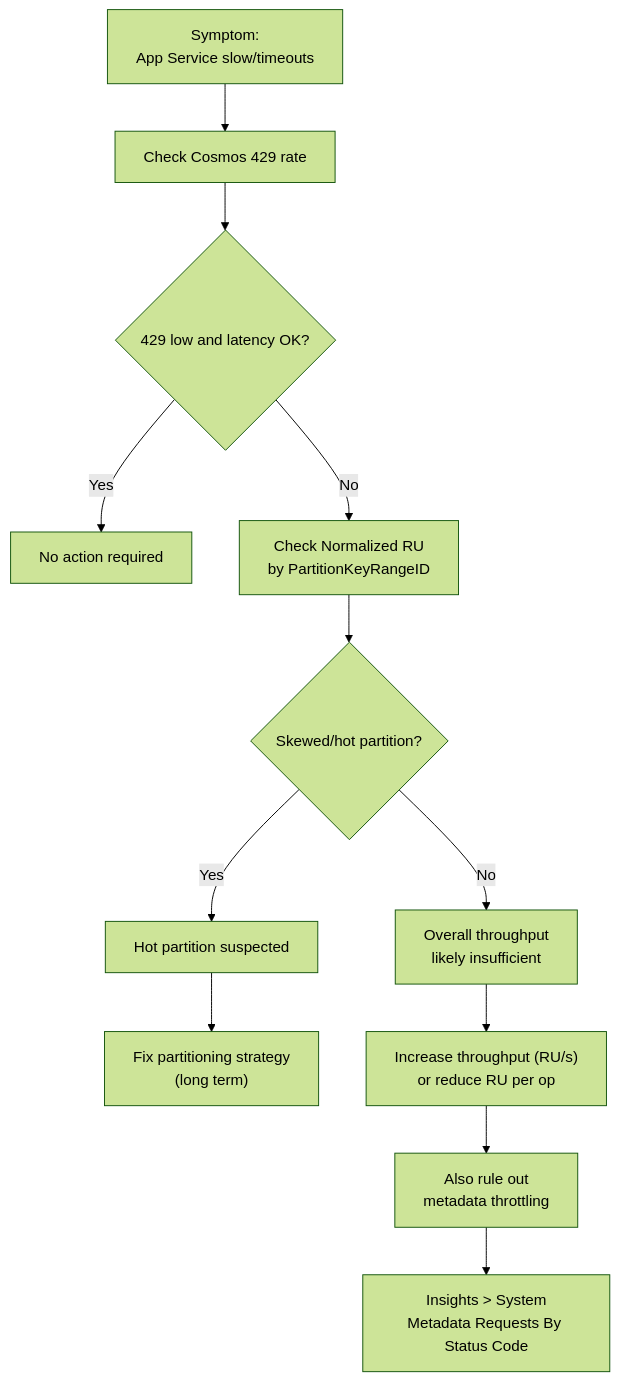
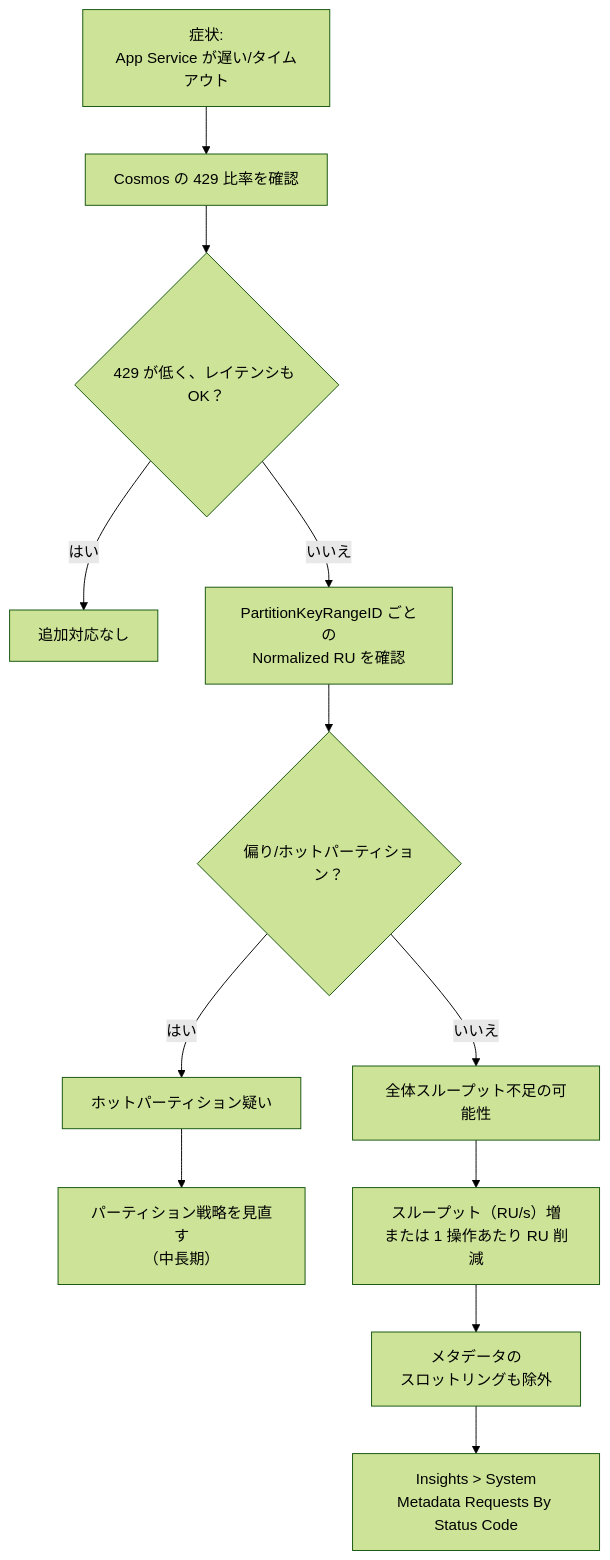
Before and after one commit to TakumiSeo/Tech-BLOG: diagram 11 of 12 in content/posts/ja-jp/sre-agent-planning.md, drawn with Mermaid (forest theme). The commit also changed other lines of this file, not shown here.

````diff
--- a/content/posts/ja-jp/sre-agent-planning.md
+++ b/content/posts/ja-jp/sre-agent-planning.md
@@ -714,14 +714,14 @@
 ```mermaid
 flowchart TD
-  S["Symptom:\nApp Service slow/timeouts"] --> A["Check Cosmos 429 rate"]
-  A --> C{"429 low and latency OK?"}
-  C -->|Yes| OK["No action required"]
-  C -->|No| B["Check Normalized RU\nby PartitionKeyRangeID"]
-  B --> D{"Skewed/hot partition?"}
-  D -->|Yes| HP["Hot partition suspected"]
-  D -->|No| TH["Overall throughput\nlikely insufficient"]
-  HP --> FIX1["Fix partitioning strategy\n(long term)"]
-  TH --> FIX2["Increase throughput (RU/s)\nor reduce RU per op"]
-  FIX2 --> META["Also rule out\nmetadata throttling"]
+  S["症状:\nApp Service が遅い/タイムアウト"] --> A["Cosmos の 429 比率を確認"]
+  A --> C{"429 が低く、レイテンシも OK？"}
+  C -->|はい| OK["追加対応なし"]
+  C -->|いいえ| B["PartitionKeyRangeID ごとの\nNormalized RU を確認"]
+  B --> D{"偏り/ホットパーティション？"}
+  D -->|はい| HP["ホットパーティション疑い"]
+  D -->|いいえ| TH["全体スループット不足の可能性"]
+  HP --> FIX1["パーティション戦略を見直す\n（中長期）"]
+  TH --> FIX2["スループット（RU/s）増\nまたは 1 操作あたり RU 削減"]
+  FIX2 --> META["メタデータの\nスロットリングも除外"]
   META --> SYS["Insights > System\nMetadata Requests By Status Code"]
 ```
````
